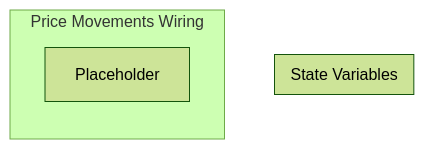
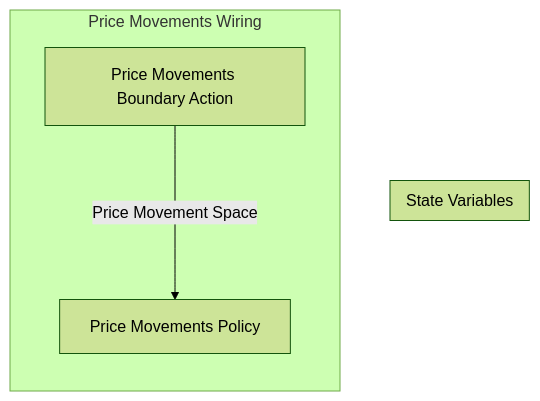
Before and after one commit to dominant-strategies/Quai-Macro-Model: the diagram in Research/MSML Scaffold/Wiring/Price Movements Wiring.md, drawn with Mermaid (forest theme). The commit also changed other lines of this file and 21 other files, not shown here.

````diff
--- a/Research/MSML Scaffold/Wiring/Price Movements Wiring.md
+++ b/Research/MSML Scaffold/Wiring/Price Movements Wiring.md
@@ -3,11 +3,13 @@
 ```mermaid
 graph TB
 
 subgraph SVS["State Variables"]
 end
 
-subgraph X2["Price Movements Wiring"]
+subgraph X3["Price Movements Wiring"]
 direction TB
-X1["Placeholder"]
+X1["Price Movements Boundary Action"]
+X2["Price Movements Policy"]
+X1--"Price Movement Space"--->X2
 end
 ```
````
